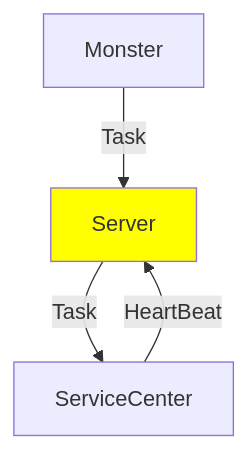
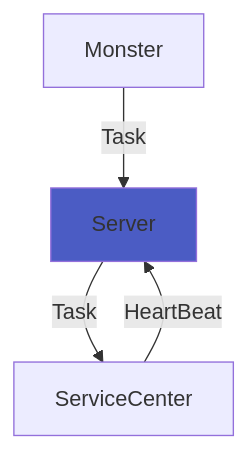
The diagram in README.md (myxewd/CloudCluster), drawn with Mermaid before and after one commit.

Commit message:
Update mermaid color .

````diff
--- a/README.md
+++ b/README.md
@@ -9,9 +9,9 @@
 ```mermaid
 graph TD
 	A[Server] -->|Task| B[ServiceCenter]
 	C[Monster] -->|Task| A
     B -->|HeartBeat| A
-    style A fill:#ffff00;
+    style A fill:#4b5cc4;
     
  
 ```
````
